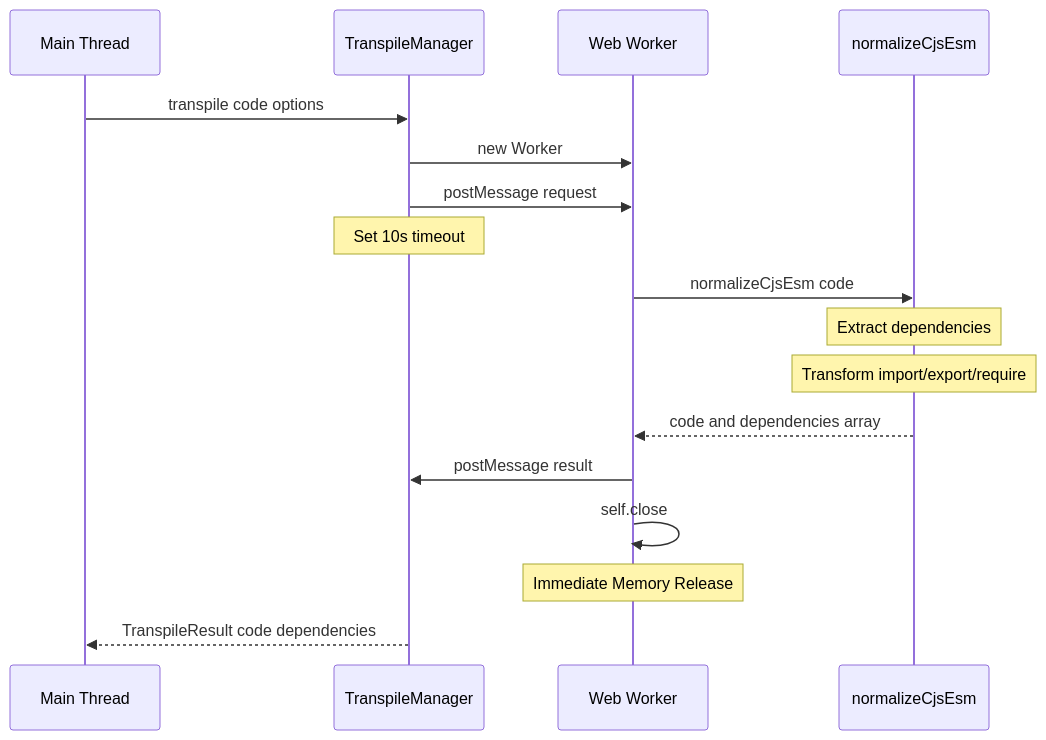
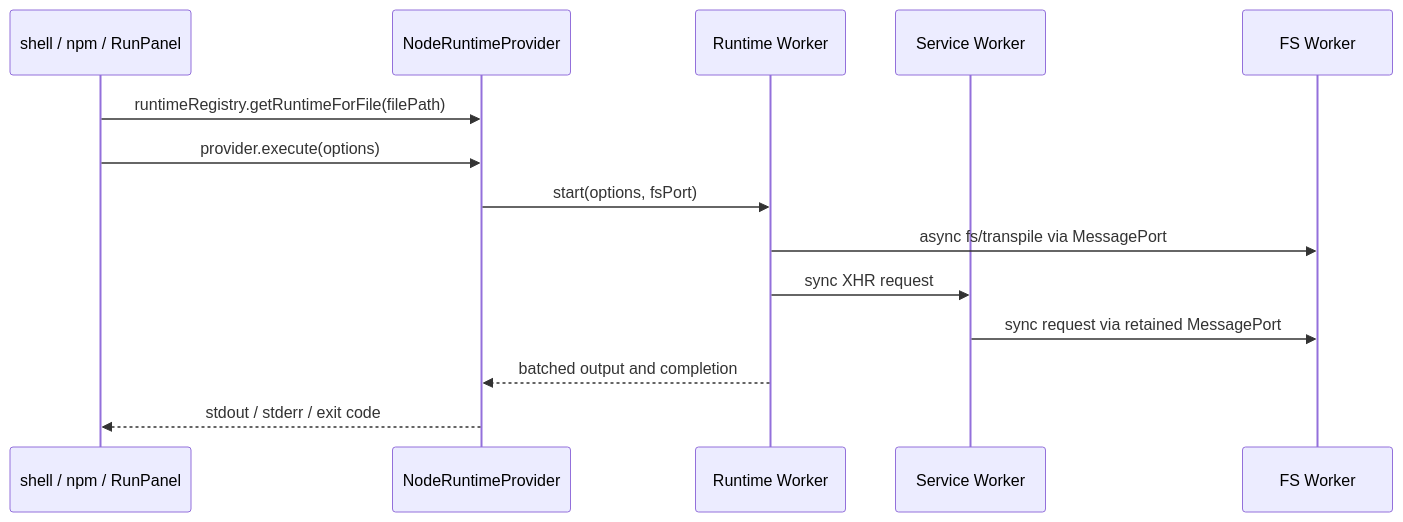
Before and after one commit to Stasshe/Pyxis-CodeCanvas: the diagram in docs/NODE-RUNTIME.md, drawn with Mermaid. The commit also changed other lines of this file and 330 other files, not shown here.

````diff
--- a/docs/NODE-RUNTIME.md
+++ b/docs/NODE-RUNTIME.md
@@ -513,24 +7,16 @@
 ```mermaid
 sequenceDiagram
-    participant Main as Main Thread
-    participant Manager as TranspileManager
-    participant Worker as Web Worker
-    participant Normalize as normalizeCjsEsm
-    
-    Main->>Manager: transpile code options
-    Manager->>Worker: new Worker
-    
-    Manager->>Worker: postMessage request
-    Note over Manager: Set 10s timeout
-    
-    Worker->>Normalize: normalizeCjsEsm code
-    Note over Normalize: Extract dependencies
-    Note over Normalize: Transform import/export/require
-    Normalize-->>Worker: code and dependencies array
-    
-    Worker->>Manager: postMessage result
-    Worker->>Worker: self.close
-    Note over Worker: Immediate Memory Release
-    
-    Manager-->>Main: TranspileResult code dependencies
+    participant Caller as shell / npm / RunPanel
+    participant Provider as NodeRuntimeProvider
+    participant RT as Runtime Worker
+    participant SW as Service Worker
+    participant FS as FS Worker
+    Caller->>Provider: runtimeRegistry.getRuntimeForFile(filePath)
+    Caller->>Provider: provider.execute(options)
+    Provider->>RT: start(options, fsPort)
+    RT->>FS: async fs/transpile via MessagePort
+    RT->>SW: sync XHR request
+    SW->>FS: sync request via retained MessagePort
+    RT-->>Provider: batched output and completion
+    Provider-->>Caller: stdout / stderr / exit code
 ```
````
